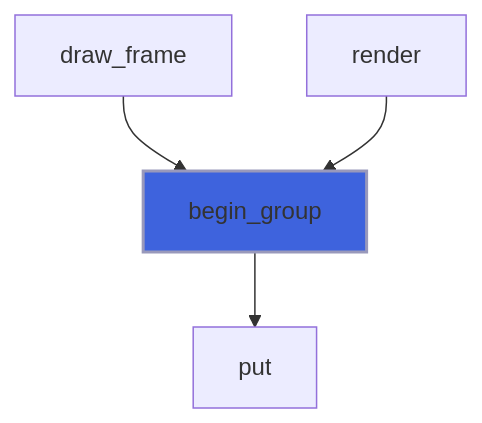
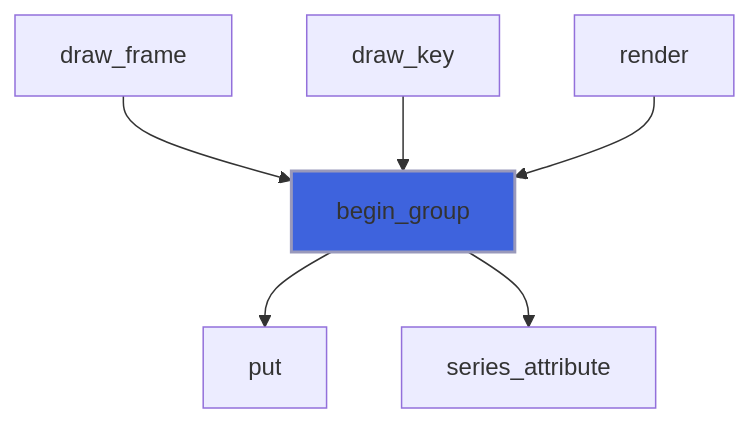
The seventh of 30 diagrams in docs/api/src/lib/foresight_backend_svg.md (szaghi/foresight), drawn with Mermaid before and after one commit. The commit also changed other lines of this file and 97 other files, not shown here.

````diff
--- a/docs/api/src/lib/foresight_backend_svg.md
+++ b/docs/api/src/lib/foresight_backend_svg.md
@@ -241,7 +250,9 @@
 ```mermaid
 flowchart TD
   draw_frame["draw_frame"] --> begin_group["begin_group"]
+  draw_key["draw_key"] --> begin_group["begin_group"]
   render["render"] --> begin_group["begin_group"]
   begin_group["begin_group"] --> put["put"]
+  begin_group["begin_group"] --> series_attribute["series_attribute"]
   style begin_group fill:#3e63dd,stroke:#99b,stroke-width:2px
 ```
````
